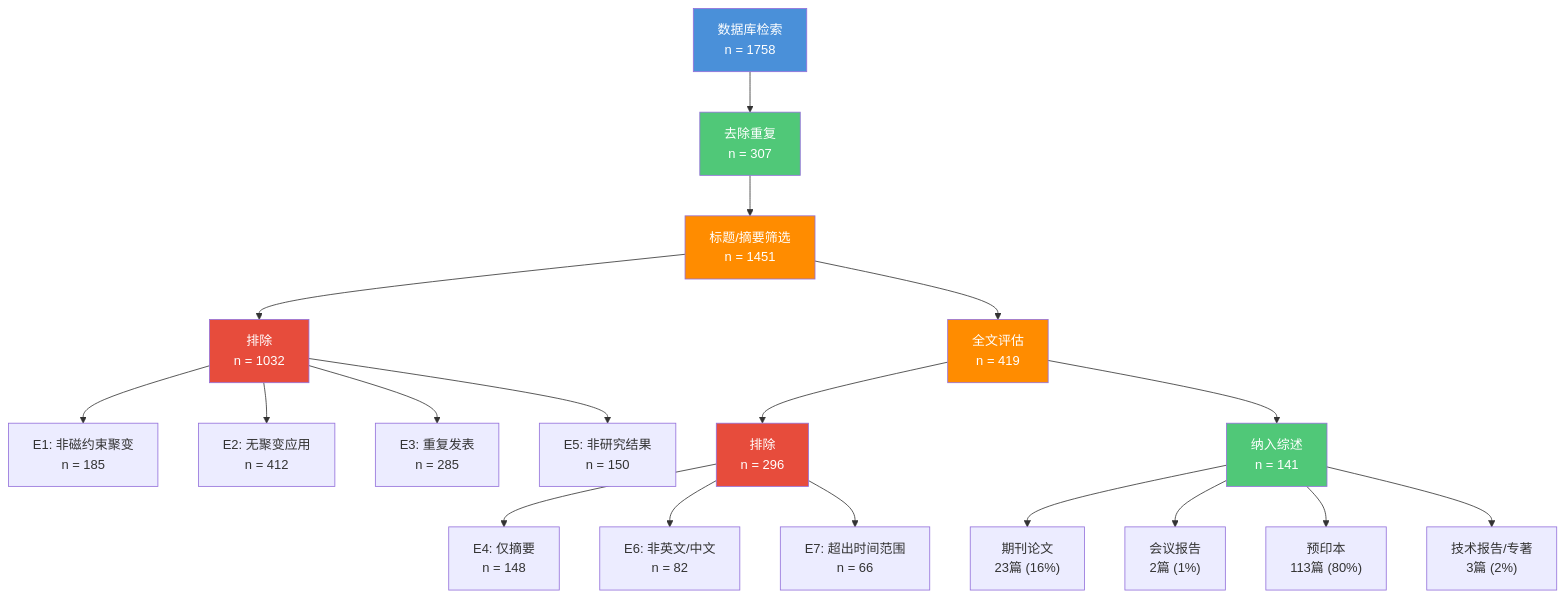
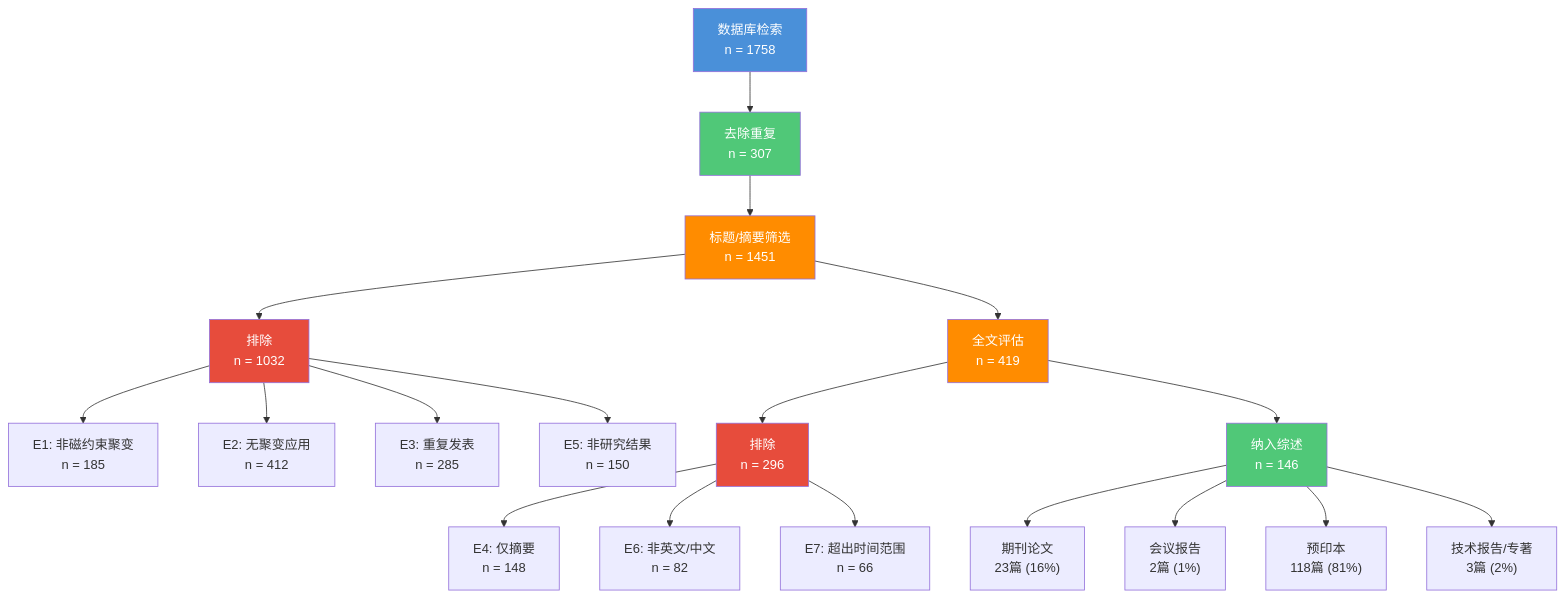
The sixth of 6 diagrams in 06-AI4F/review/AI-for-Fusion-V2.md (wangxumarshall/claude-books), drawn with Mermaid before and after one commit. The commit also changed other lines of this file, not shown here.

````diff
--- a/06-AI4F/review/AI-for-Fusion-V2.md
+++ b/06-AI4F/review/AI-for-Fusion-V2.md
@@ -1176,27 +1222,27 @@
 ```mermaid
 graph TD
     A["数据库检索<br/>n = 1758"] --> B["去除重复<br/>n = 307"]
     B --> C["标题/摘要筛选<br/>n = 1451"]
     C --> D["排除<br/>n = 1032"]
     D --> D1["E1: 非磁约束聚变<br/>n = 185"]
     D --> D2["E2: 无聚变应用<br/>n = 412"]
     D --> D3["E3: 重复发表<br/>n = 285"]
     D --> D4["E5: 非研究结果<br/>n = 150"]
     C --> E["全文评估<br/>n = 419"]
     E --> F["排除<br/>n = 296"]
     F --> F1["E4: 仅摘要<br/>n = 148"]
     F --> F2["E6: 非英文/中文<br/>n = 82"]
     F --> F3["E7: 超出时间范围<br/>n = 66"]
-    E --> G["纳入综述<br/>n = 141"]
+    E --> G["纳入综述<br/>n = 146"]
     G --> G1["期刊论文<br/>23篇 (16%)"]
     G --> G2["会议报告<br/>2篇 (1%)"]
-    G --> G3["预印本<br/>113篇 (80%)"]
+    G --> G3["预印本<br/>118篇 (81%)"]
     G --> G4["技术报告/专著<br/>3篇 (2%)"]
     style A fill:#4A90D9,color:#fff
     style B fill:#50C878,color:#fff
     style C fill:#FF8C00,color:#fff
     style D fill:#E74C3C,color:#fff
     style E fill:#FF8C00,color:#fff
     style F fill:#E74C3C,color:#fff
     style G fill:#50C878,color:#fff
 ```
````
